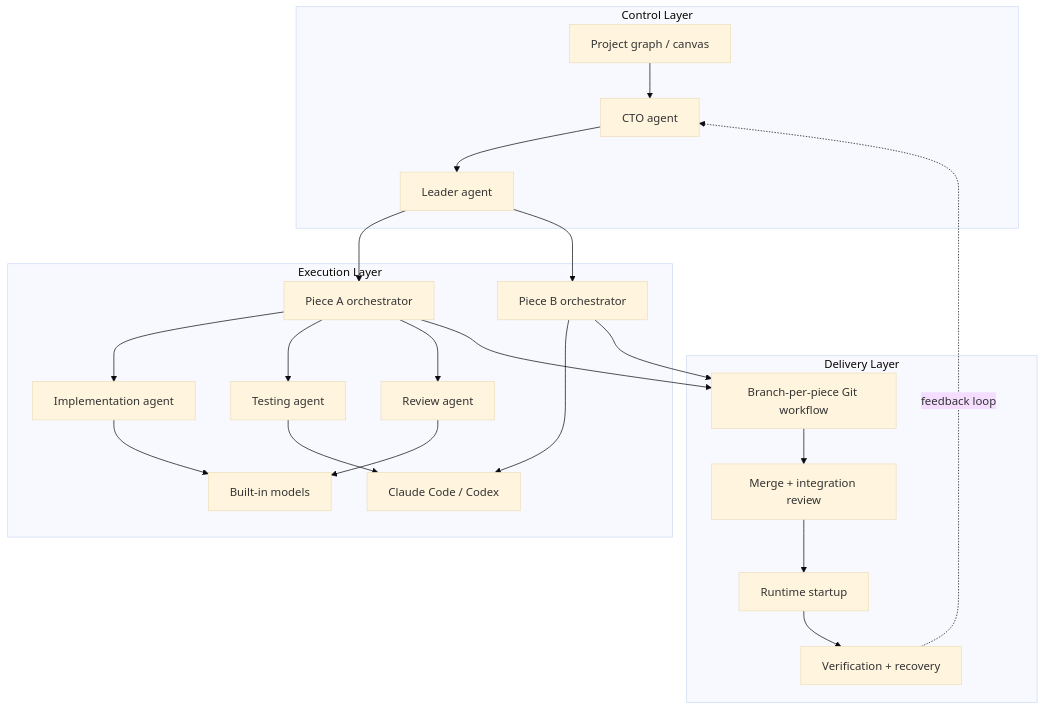
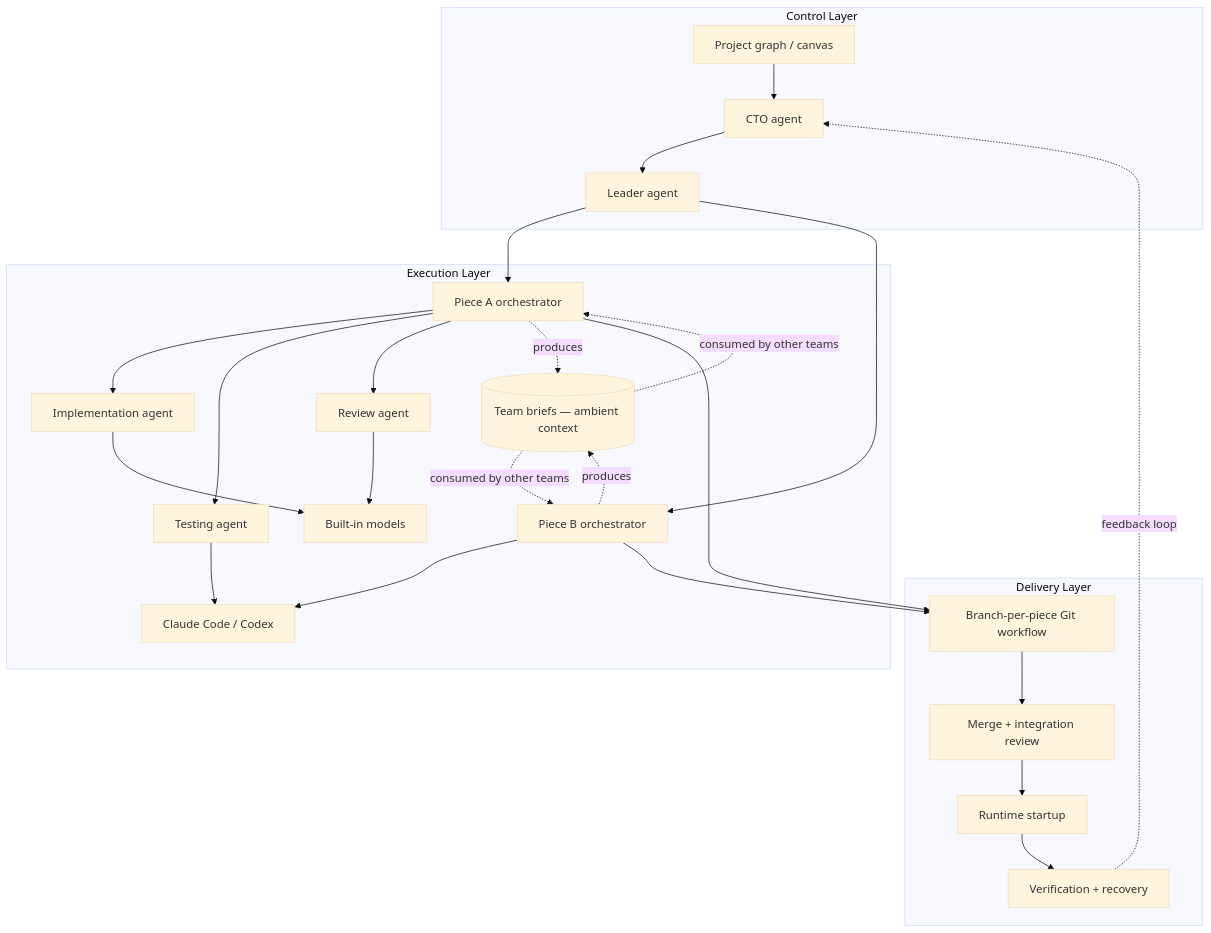
Before and after one commit to Pradakicks/project_builder: the diagram in README.md, drawn with Mermaid (base theme). The commit also changed other lines of this file and 19 other files, not shown here.

````diff
--- a/README.md
+++ b/README.md
@@ -44,41 +44,46 @@
 ```mermaid
 flowchart TB
   subgraph Control["Control Layer"]
     Canvas[Project graph / canvas]
     CTO[CTO agent]
     Leader[Leader agent]
     Canvas --> CTO
     CTO --> Leader
   end
 
   subgraph Execution["Execution Layer"]
     PieceA[Piece A orchestrator]
     PieceB[Piece B orchestrator]
     ImplA[Implementation agent]
     TestA[Testing agent]
     ReviewA[Review agent]
     Models[Built-in models]
     Coders[Claude Code / Codex]
+    Briefs[(Team briefs — ambient context)]
     Leader --> PieceA
     Leader --> PieceB
     PieceA --> ImplA
     PieceA --> TestA
     PieceA --> ReviewA
     ImplA --> Models
     TestA --> Coders
     ReviewA --> Models
     PieceB --> Coders
+    PieceA -. produces .-> Briefs
+    PieceB -. produces .-> Briefs
+    Briefs -. consumed by other teams .-> PieceA
+    Briefs -. consumed by other teams .-> PieceB
   end
 
   subgraph Delivery["Delivery Layer"]
     Git[Branch-per-piece Git workflow]
     Review[Merge + integration review]
     Runtime[Runtime startup]
     Verify[Verification + recovery]
     Git --> Review --> Runtime --> Verify
   end
 
   PieceA --> Git
   PieceB --> Git
   Verify -. feedback loop .-> CTO
 ```
````
